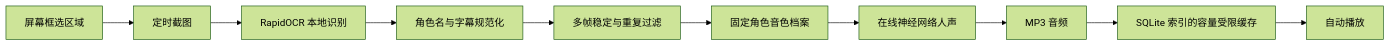
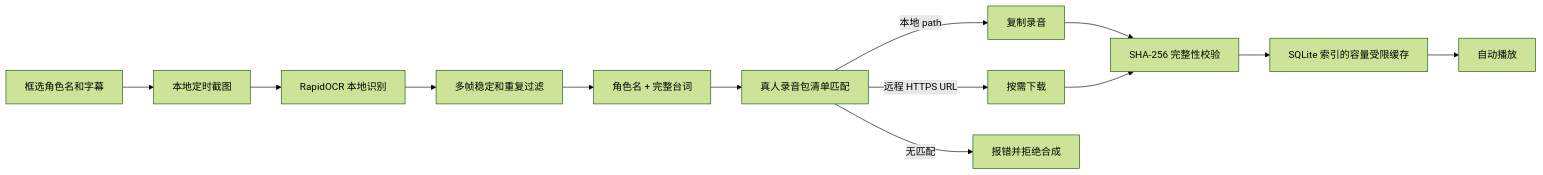
One commit to uinaqx/Genshin_autoTTS changed the diagram in README.md. Above: the diagram before and after it, drawn with Mermaid (forest theme). The commit also changed other lines of this file and 20 other files, not shown here.

````diff
--- a/README.md
+++ b/README.md
@@ -13,12 +11,15 @@
 ```mermaid
 flowchart LR
-    A[屏幕框选区域] --> B[定时截图]
+    A[框选角色名和字幕] --> B[本地定时截图]
     B --> C[RapidOCR 本地识别]
-    C --> D[角色名与字幕规范化]
-    D --> E[多帧稳定与重复过滤]
-    E --> F[固定角色音色档案]
-    F --> I[在线神经网络人声]
-    I --> K[MP3 音频]
-    K --> L[SQLite 索引的容量受限缓存]
-    L --> M[自动播放]
+    C --> D[多帧稳定和重复过滤]
+    D --> E[角色名 + 完整台词]
+    E --> F[真人录音包清单匹配]
+    F -->|本地 path| G[复制录音]
+    F -->|远程 HTTPS URL| H[按需下载]
+    G --> I[SHA-256 完整性校验]
+    H --> I
+    I --> J[SQLite 索引的容量受限缓存]
+    J --> K[自动播放]
+    F -->|无匹配| L[报错并拒绝合成]
 ```
````
